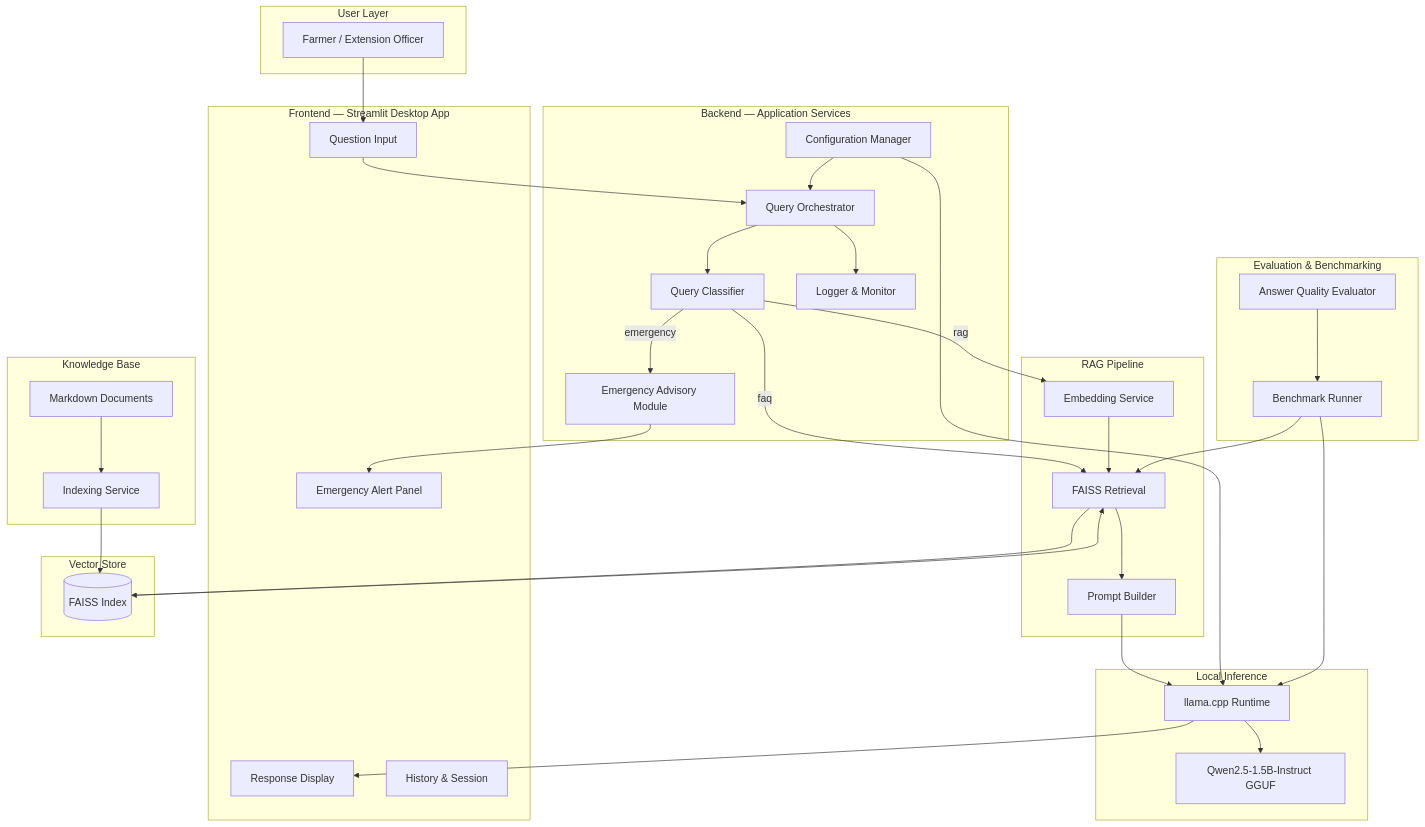
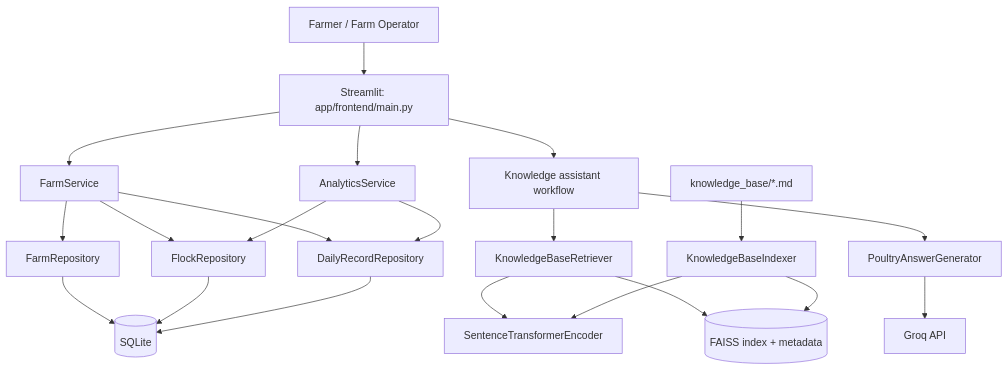
The diagram in docs/architecture/system_overview.md (zulyadainimuhammad/poultryguard-ai), drawn with Mermaid before and after one commit. The commit also changed other lines of this file, not shown here.

Commit message:
docs: document current PoultryGuard system architecture

````diff
--- a/docs/architecture/system_overview.md
+++ b/docs/architecture/system_overview.md
@@ -34,69 +19,23 @@
 ```mermaid
-graph TD
-    subgraph User["User Layer"]
-        U[Farmer / Extension Officer]
-    end
-
-    subgraph UI["Frontend — Streamlit Desktop App"]
-        Q[Question Input]
-        R[Response Display]
-        E[Emergency Alert Panel]
-        H[History & Session]
-    end
-
-    subgraph Backend["Backend — Application Services"]
-        O[Query Orchestrator]
-        QC[Query Classifier]
-        EM[Emergency Advisory Module]
-        LOG[Logger & Monitor]
-        CFG[Configuration Manager]
-    end
-
-    subgraph RAG["RAG Pipeline"]
-        EMB[Embedding Service]
-        RET[FAISS Retrieval]
-        PB[Prompt Builder]
-    end
-
-    subgraph KB["Knowledge Base"]
-        KBD[Markdown Documents]
-        IDX[Indexing Service]
-    end
-
-    subgraph VS["Vector Store"]
-        FAISS[(FAISS Index)]
-    end
-
-    subgraph LLM["Local Inference"]
-        LC[llama.cpp Runtime]
-        GGUF[Qwen2.5-1.5B-Instruct GGUF]
-    end
-
-    subgraph Eval["Evaluation & Benchmarking"]
-        BM[Benchmark Runner]
-        EV[Answer Quality Evaluator]
-    end
-
-    U --> Q
-    Q --> O
-    O --> QC
-    QC -- emergency --> EM
-    QC -- rag --> EMB
-    QC -- faq --> RET
-    EMB --> RET
-    RET --> FAISS
-    FAISS --> RET
-    RET --> PB
-    KBD --> IDX
-    IDX --> FAISS
-    PB --> LC
-    LC --> GGUF
-    LC --> R
-    EM --> E
-    O --> LOG
-    CFG --> O
-    CFG --> LC
-    BM --> LC
-    BM --> RET
-    EV --> BM
+flowchart TD
+    USER[Farmer / Farm Operator] --> UI[Streamlit: app/frontend/main.py]
+    UI --> FS[FarmService]
+    UI --> AS[AnalyticsService]
+    UI --> Q[Knowledge assistant workflow]
+    FS --> FR[FarmRepository]
+    FS --> FLR[FlockRepository]
+    FS --> DRR[DailyRecordRepository]
+    AS --> FLR
+    AS --> DRR
+    FR --> DB[(SQLite)]
+    FLR --> DB
+    DRR --> DB
+    Q --> RET[KnowledgeBaseRetriever]
+    RET --> EMB[SentenceTransformerEncoder]
+    RET --> IDX[(FAISS index + metadata)]
+    Q --> GEN[PoultryAnswerGenerator]
+    GEN --> GROQ[Groq API]
+    KB[knowledge_base/*.md] --> INDEXER[KnowledgeBaseIndexer]
+    INDEXER --> EMB
+    INDEXER --> IDX
 ```
````
